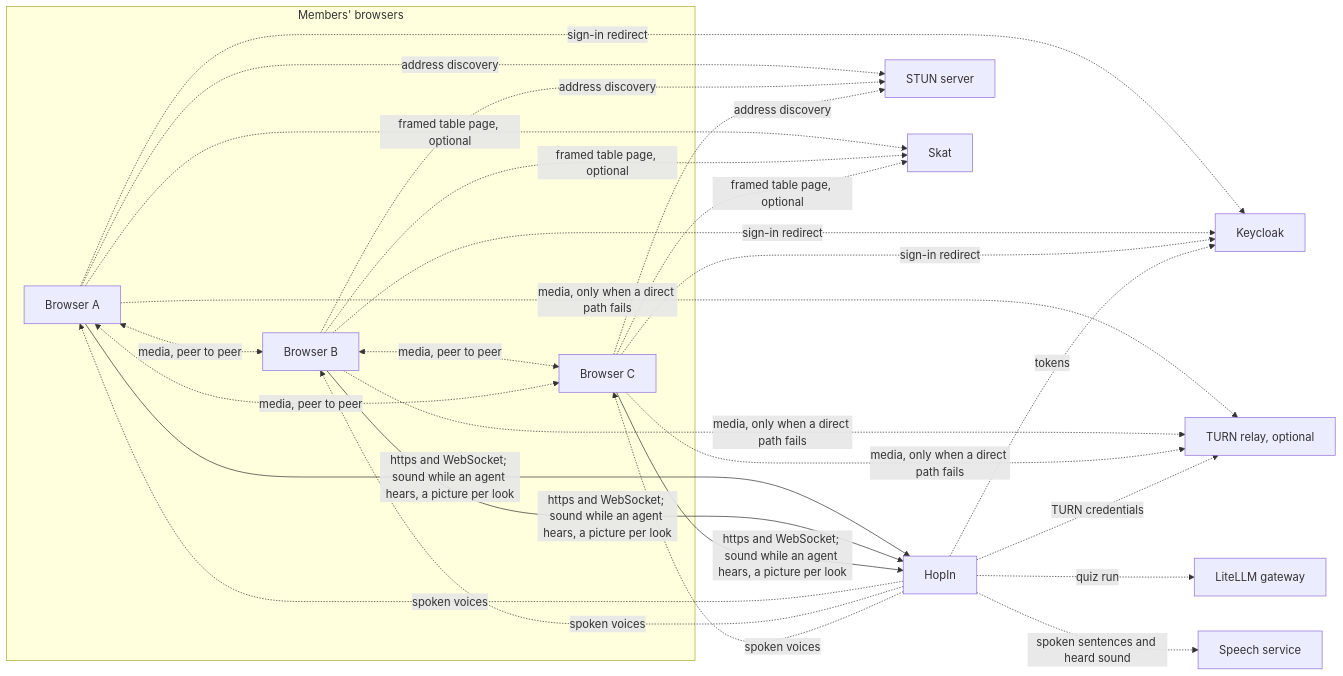
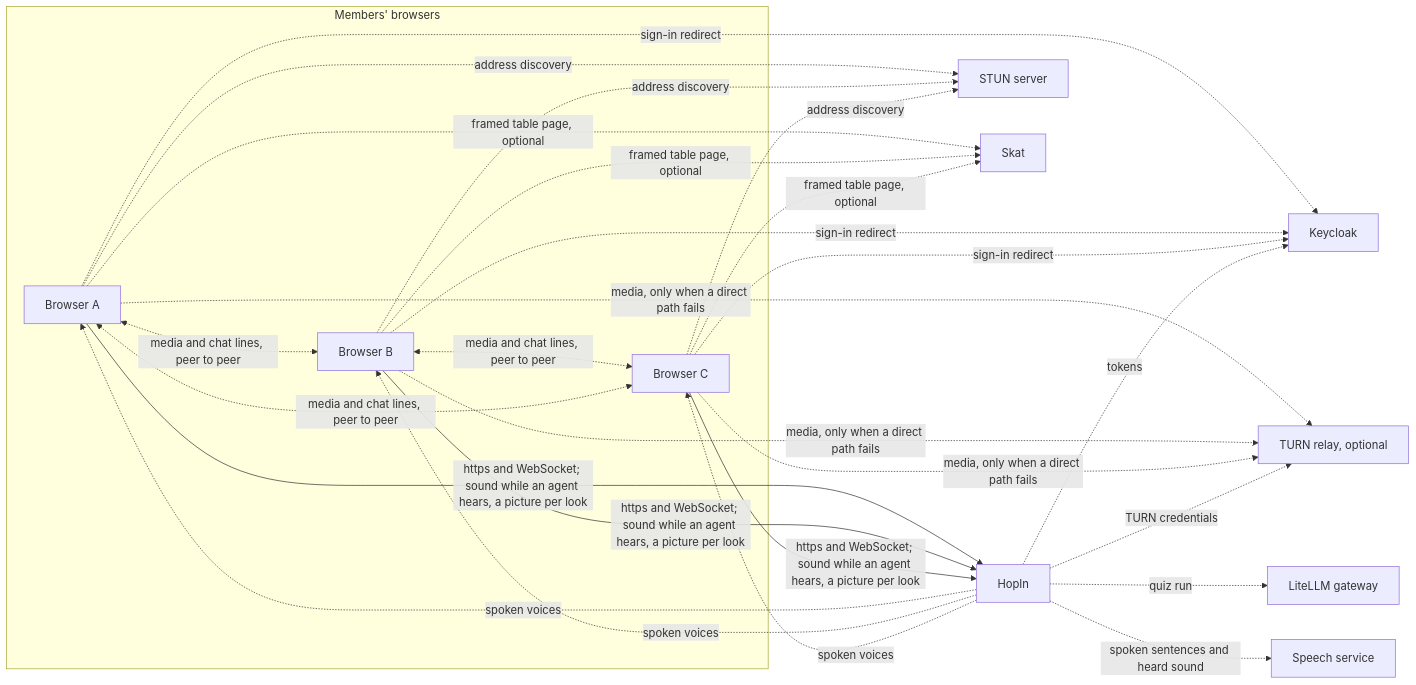
One commit to overnightworks/hopin changed the first of 4 diagrams in docs/ARCHITECTURE.md. Above: the diagram before and after it, drawn with Mermaid. The commit also changed other lines of this file and 71 other files, not shown here.

First line of the commit message:
Send chat lines over the data channel and delete the chat relay (#1038)

````diff
--- a/docs/ARCHITECTURE.md
+++ b/docs/ARCHITECTURE.md
@@ -9,21 +9,21 @@
 ```mermaid
 flowchart LR
     subgraph members["Members' browsers"]
         A[Browser A]
         B[Browser B]
         C[Browser C]
     end
-    A <-. media, peer to peer .-> B
-    B <-. media, peer to peer .-> C
-    A <-. media, peer to peer .-> C
+    A <-. "media and chat lines, peer to peer" .-> B
+    B <-. "media and chat lines, peer to peer" .-> C
+    A <-. "media and chat lines, peer to peer" .-> C
     A & B & C -- "https and WebSocket; sound while an agent hears, a picture per look" --> H[HopIn]
     H -. "spoken voices" .-> A & B & C
     A & B & C -. sign-in redirect .-> K[Keycloak]
     A & B & C -. address discovery .-> T[STUN server]
     A & B & C -. media, only when a direct path fails .-> R[TURN relay, optional]
     A & B & C -. "framed table page, optional" .-> SK[Skat]
     H -. "tokens" .-> K
     H -. TURN credentials .-> R
     H -. quiz run .-> AG[LiteLLM gateway]
     H -. spoken sentences and heard sound .-> SP[Speech service]
 ```
````
